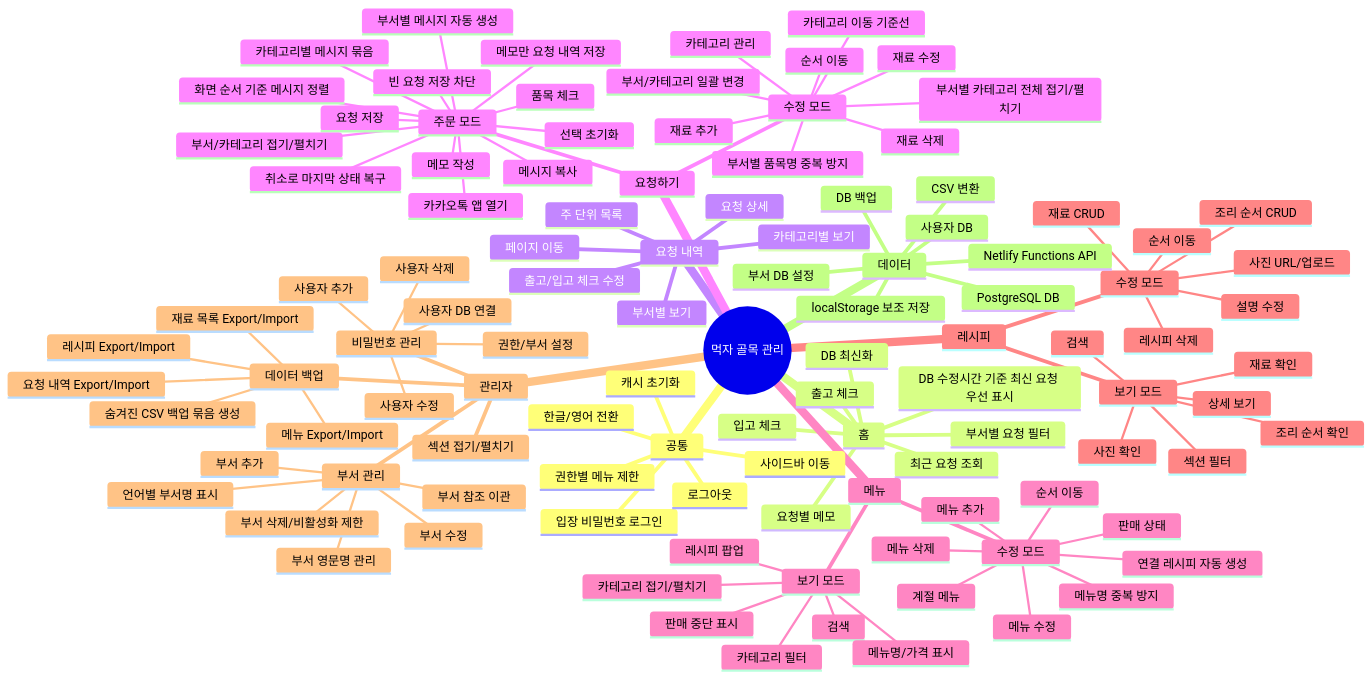
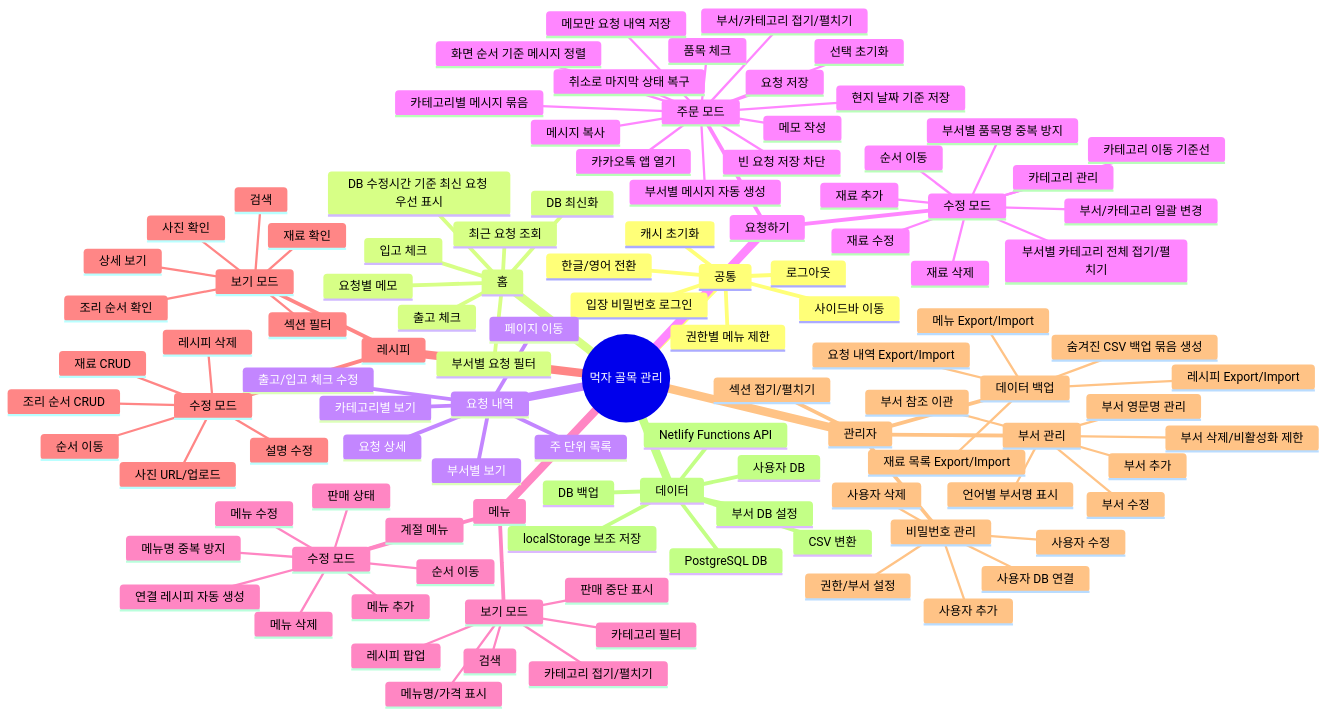
One commit to itsfreedom/mukja changed the diagram in docs/mukja-function-tree-ko.md. Above: the diagram before and after it, drawn with Mermaid. The commit also changed other lines of this file and 13 other files, not shown here.

```diff
--- a/docs/mukja-function-tree-ko.md
+++ b/docs/mukja-function-tree-ko.md
@@ -37,6 +37,7 @@
       주문 모드
         품목 체크
         메모 작성
+        현지 날짜 기준 저장
         빈 요청 저장 차단
         메모만 요청 내역 저장
         취소로 마지막 상태 복구
```
